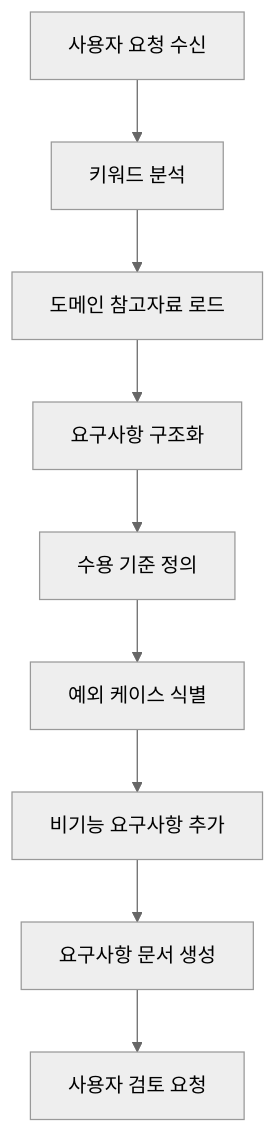
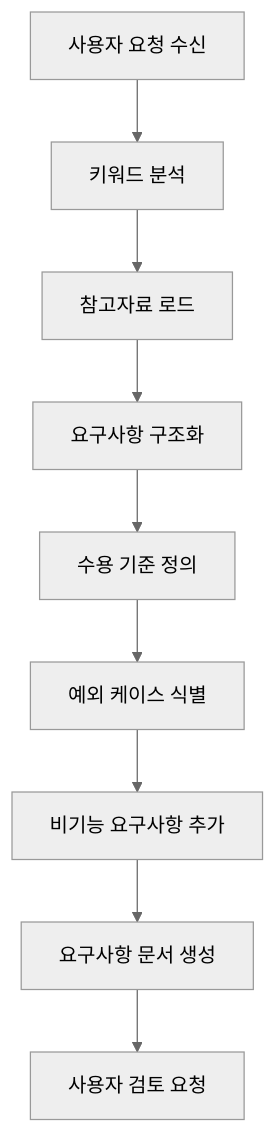
The diagram in agents/agent-planner.md (wejsa/ai-crew-kit), drawn with Mermaid (neutral theme) before and after one commit. The commit also changed other lines of this file and 34 other files, not shown here.

````diff
--- a/agents/agent-planner.md
+++ b/agents/agent-planner.md
@@ -47,11 +47,11 @@
 ```mermaid
 graph TD
     A[사용자 요청 수신] --> B[키워드 분석]
-    B --> C[도메인 참고자료 로드]
+    B --> C[참고자료 로드]
     C --> D[요구사항 구조화]
     D --> E[수용 기준 정의]
     E --> F[예외 케이스 식별]
     F --> G[비기능 요구사항 추가]
     G --> H[요구사항 문서 생성]
     H --> I[사용자 검토 요청]
 ```
````
